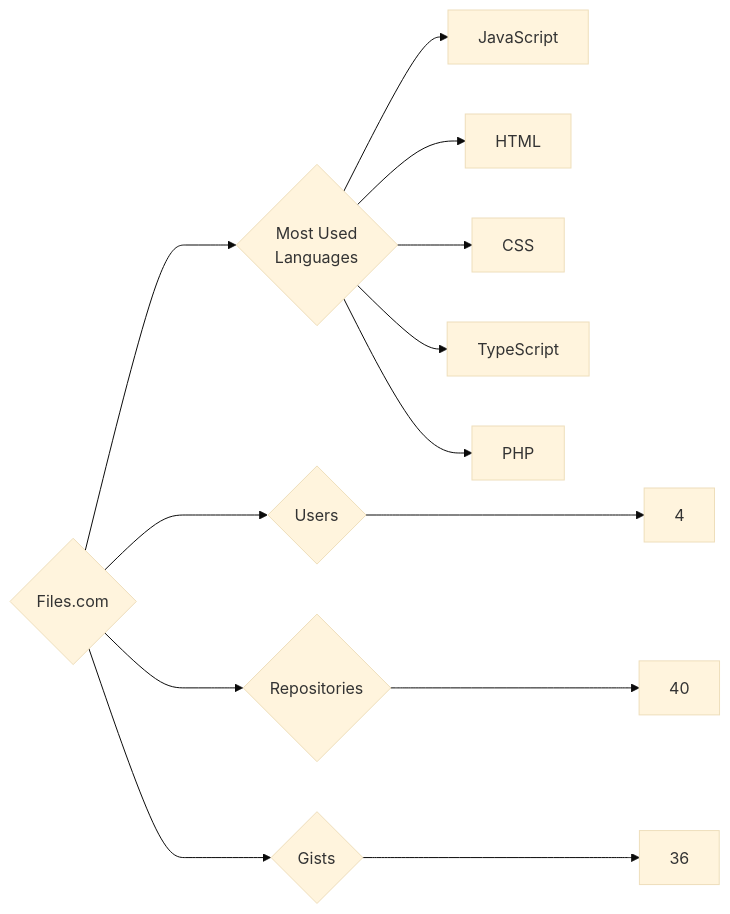
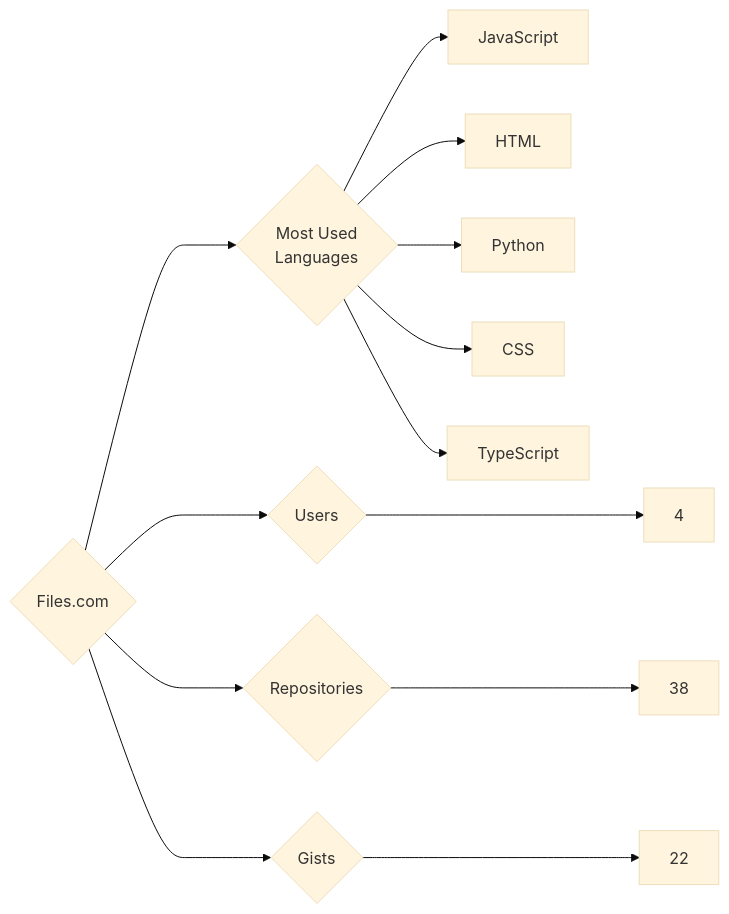
One commit to trickest/insiders changed the diagram in targets/Files.com/README.md. Above: the diagram before and after it, drawn with Mermaid (base theme). The commit also changed 736 other files, not shown here.

````diff
--- a/targets/Files.com/README.md
+++ b/targets/Files.com/README.md
@@ -3,13 +3,13 @@
 ```mermaid
 graph LR
 COMPANY_NAME{Files.com}
 COMPANY_NAME ---> U{Users} ---> UN[4]
-COMPANY_NAME ---> R{Repositories} ---> RN[40]
-COMPANY_NAME ---> G{Gists} ---> GN[36]
+COMPANY_NAME ---> R{Repositories} ---> RN[38]
+COMPANY_NAME ---> G{Gists} ---> GN[22]
 COMPANY_NAME ---> ML{Most Used<br>Languages}
 ML --> JavaScript[JavaScript]
 ML --> HTML[HTML]
+ML --> Python[Python]
 ML --> CSS[CSS]
 ML --> TypeScript[TypeScript]
-ML --> PHP[PHP]
 ```
````
